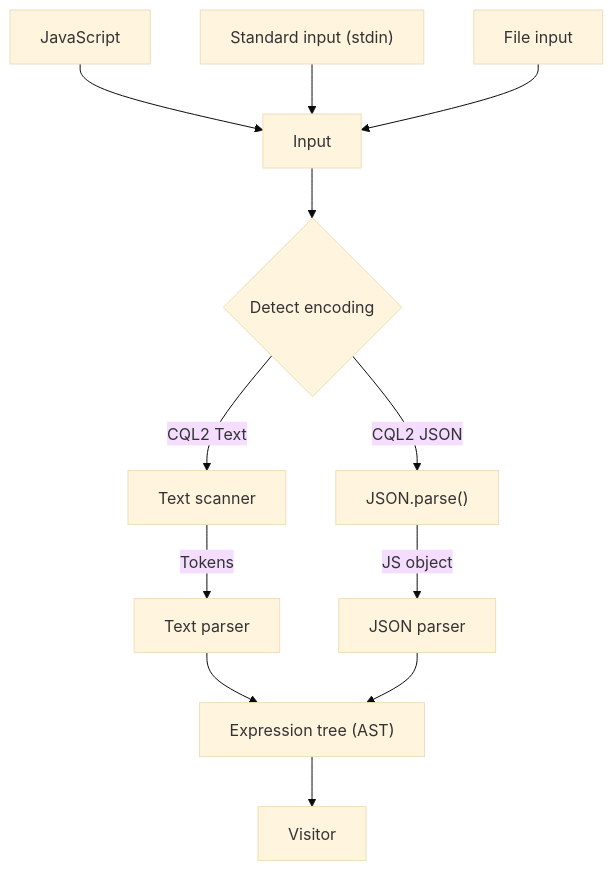
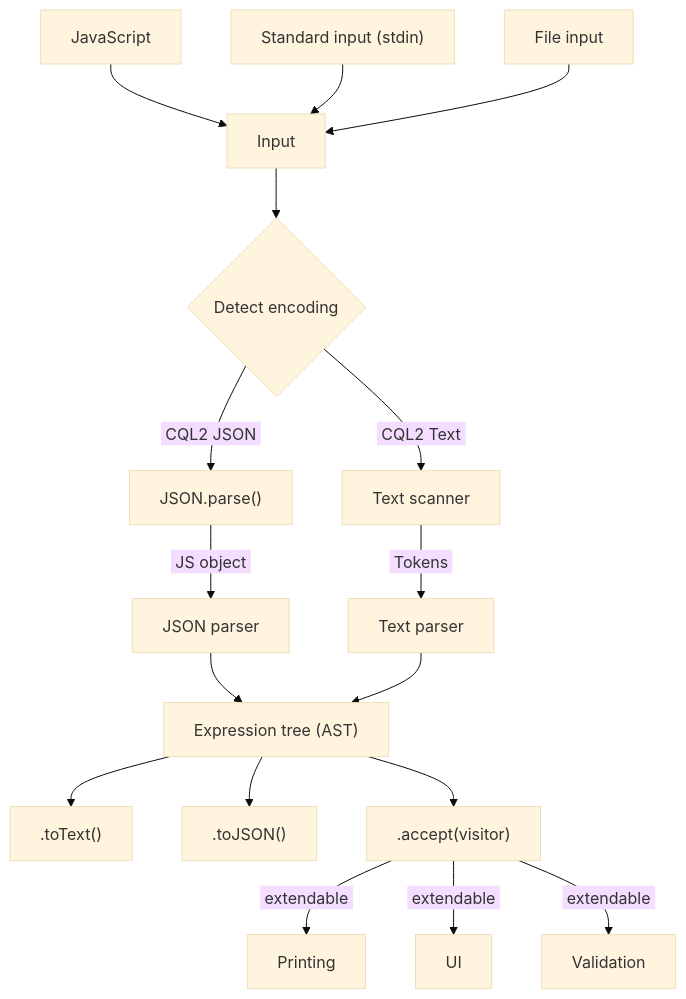
Before and after one commit to NoamRa/ogc-cql2-filters: the diagram in README.md, drawn with Mermaid (base theme). The commit also changed other lines of this file and 3 other files, not shown here.

````diff
--- a/README.md
+++ b/README.md
@@ -19,20 +19,27 @@
 ```mermaid
 flowchart TD
     JS[JavaScript] --> IN[Input]
     SI["Standard input (stdin)"] --> IN[Input]
     FI[File input] --> IN[Input]
     IN --> D{Detect encoding}
 
     %% CQL2 Text
-    D --> |CQL2 Text| TS[Text scanner]
-    TS --> |Tokens| TP[Text parser]
-    TP --> E["Expression tree (AST)"]
+    D --> |&nbsp;CQL2 Text&nbsp;| TS[Text scanner]
+    TS --> |&nbsp;Tokens&nbsp;| TP[Text parser]
 
     %% CQL2 JSON
-    D --> |CQL2 JSON| JSONP["JSON.parse()"]
-    JSONP --> |JS object| JP[JSON parser]
+    D --> |&nbsp;CQL2 JSON&nbsp;| JSONP["JSON.parse()"]
+    JSONP --> |&nbsp;JS object&nbsp;| JP[JSON parser]
     JP --> E
+    
+    %% Results
+    TP --> E["Expression tree (AST)"]
+    E --> TT[".toText()"]
+    E --> TJ[".toJSON()"]
+    E --> VIS[".accept(visitor)"]
 
-    E --> V[Visitor]
-
+    %% Visitor
+    VIS --> |&nbsp;extendable&nbsp;| P[Printing]
+    VIS --> |&nbsp;extendable&nbsp;| UI[UI]
+    VIS --> |&nbsp;extendable&nbsp;| Val[Validation]
 ```
````
